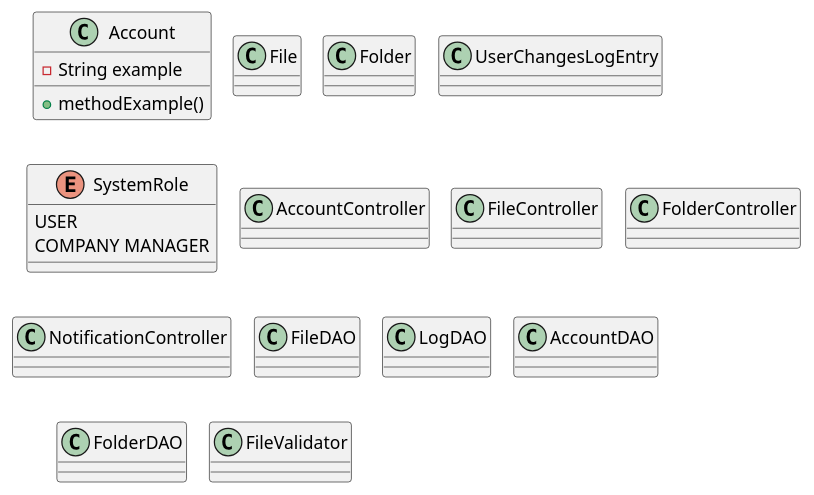
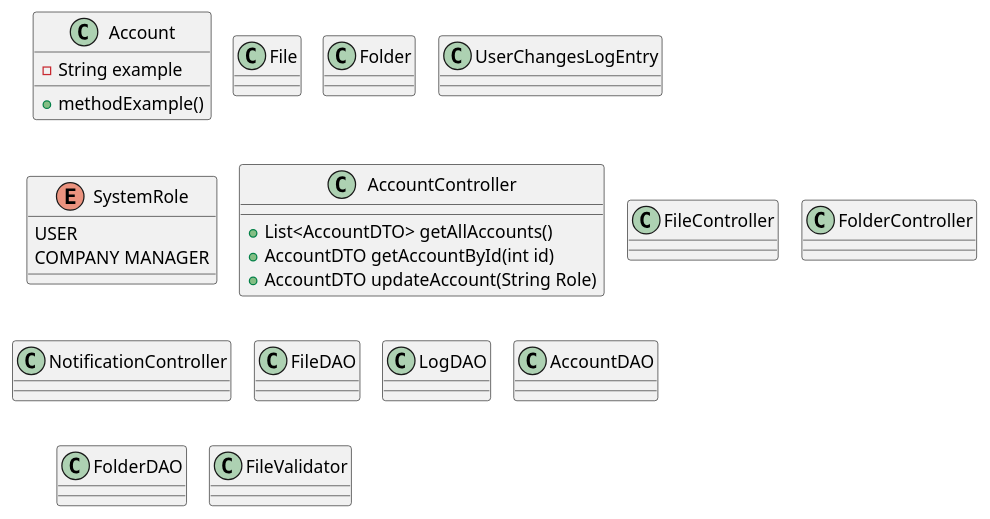
The diagram in backend/documentation/classDiagram.puml (badranyoussef/businest), drawn with PlantUML before and after one commit. The commit also changed 7 other files, not shown here.

First line of the commit message:
AccountController

```diff
--- a/backend/documentation/classDiagram.puml
+++ b/backend/documentation/classDiagram.puml
@@ -1,42 +1,48 @@
 @startuml
 'https://plantuml.com/class-diagram
 
 '----- Entities -----
 class Account
 class File
 class Folder
 class UserChangesLogEntry
 enum SystemRole {
     USER
     COMPANY MANAGER
 }
 
 '----- Controllers -----
 class AccountController
 class FileController
 class FolderController
 class NotificationController
 
 '----- DAOs -----
 class FileDAO
 class LogDAO
 class AccountDAO
 class FolderDAO
 
 class FileValidator
 
 
 'List <|-- AbstractList
 'Collection <|-- AbstractCollection
 
 'Collection <|- List
 'AbstractCollection <|- AbstractList
 'AbstractList <|-- ArrayList
 
 class Account {
     - String example
     + methodExample()
 }
 
+class AccountController {
+    + List<AccountDTO> getAllAccounts()
+    + AccountDTO getAccountById(int id)
+    + AccountDTO updateAccount(String Role)
+}
+
 !pragma layout smetana
 @enduml
```
